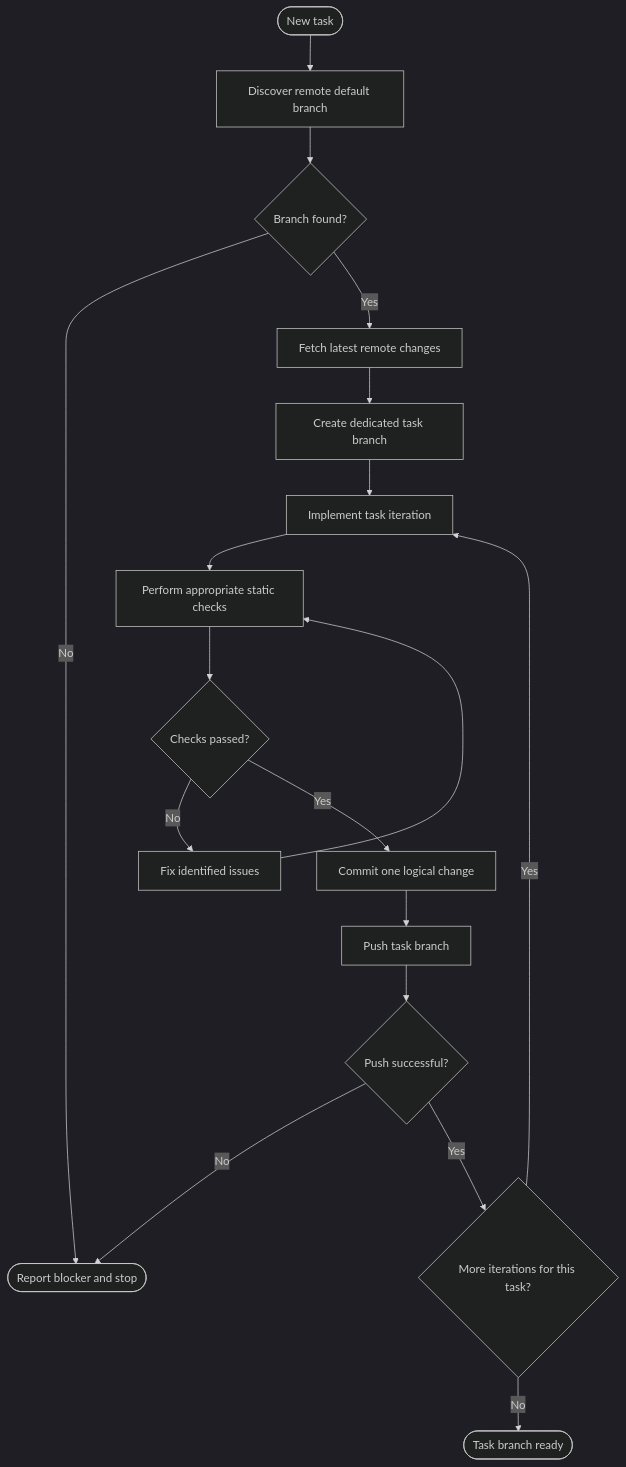
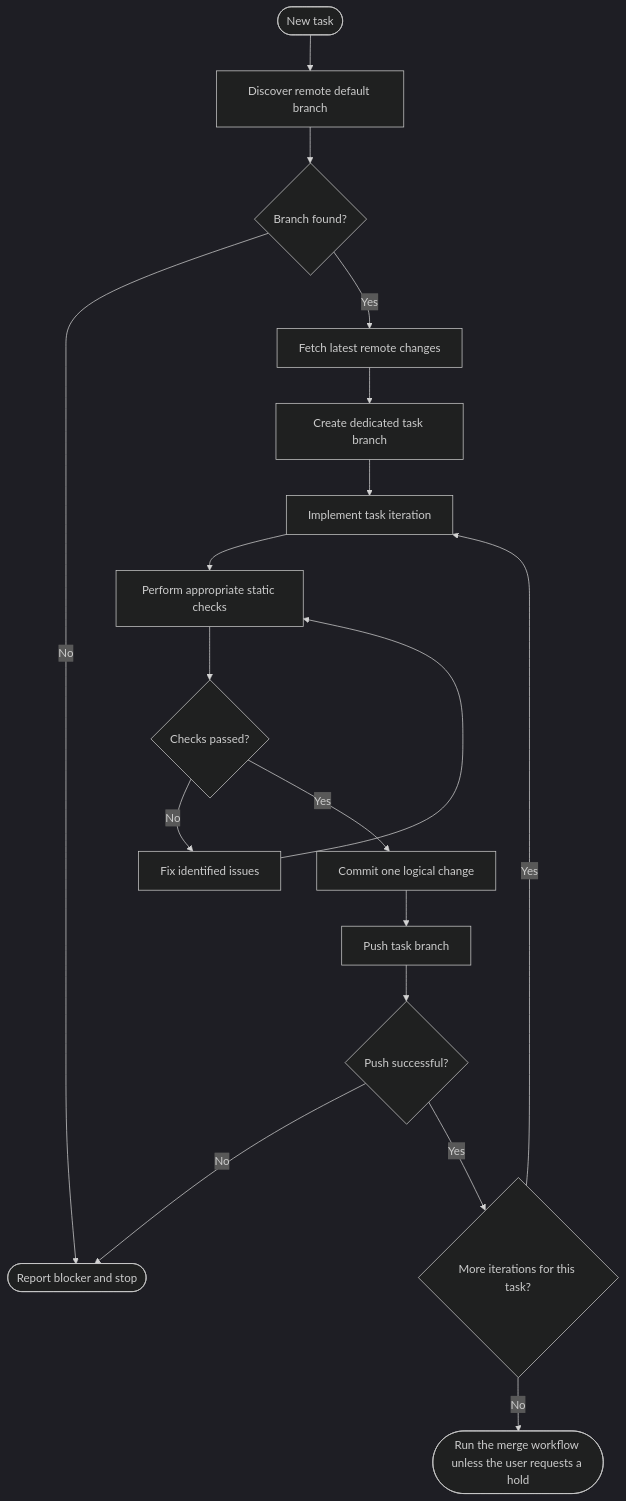
The first of 3 diagrams in AGENTS.md (xtrmstep/codex-stats-analyzer), drawn with Mermaid (dark theme) before and after one commit. The commit also changed other lines of this file, not shown here.

Commit message:
workflow: merge verified tasks by default

````diff
--- a/AGENTS.md
+++ b/AGENTS.md
@@ -45,20 +45,20 @@
 ```mermaid
 flowchart TD
     A([New task]) --> B["Discover remote default branch"]
     B --> C{"Branch found?"}
     C -- No --> X([Report blocker and stop])
     C -- Yes --> D["Fetch latest remote changes"]
     D --> E["Create dedicated task branch"]
     E --> F["Implement task iteration"]
     F --> G["Perform appropriate static checks"]
     G --> H{"Checks passed?"}
     H -- No --> I["Fix identified issues"]
     I --> G
     H -- Yes --> J["Commit one logical change"]
     J --> K["Push task branch"]
     K --> L{"Push successful?"}
     L -- No --> X
     L -- Yes --> M{"More iterations for this task?"}
     M -- Yes --> F
-    M -- No --> N([Task branch ready])
+    M -- No --> N([Run the merge workflow unless the user requests a hold])
 ```
````
